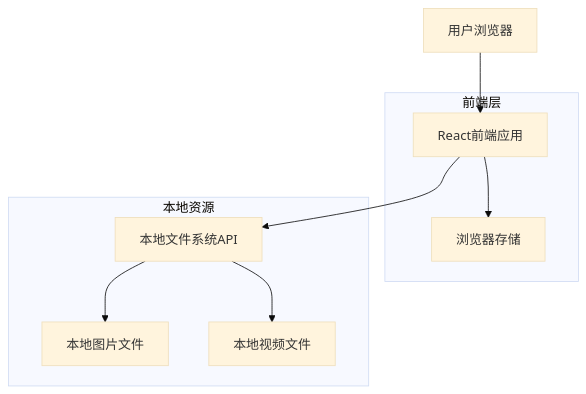
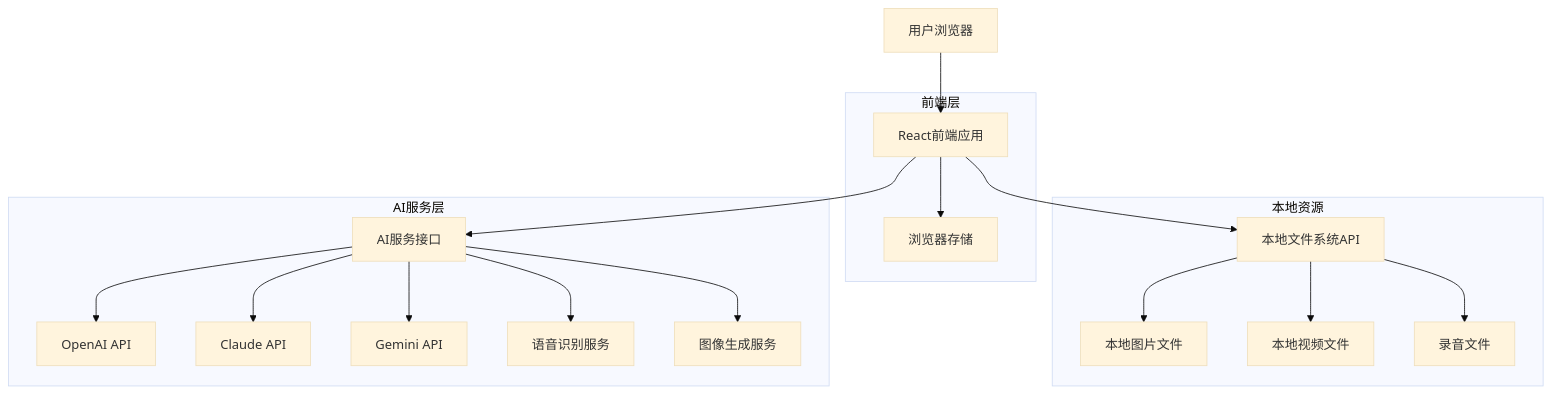
Before and after one commit to lelehappy666/AI-Middle-Platform: the diagram in .trae/documents/技术架构文档.md, drawn with Mermaid (base theme). The commit also changed other lines of this file and 27 other files, not shown here.

````diff
--- a/.trae/documents/技术架构文档.md
+++ b/.trae/documents/技术架构文档.md
@@ -5,20 +5,37 @@
 ```mermaid
 graph TD
   A[用户浏览器] --> B[React前端应用]
   B --> C[本地文件系统API]
   B --> D[浏览器存储]
+  B --> E[AI服务接口]
   
   subgraph "前端层"
     B
     D
   end
   
   subgraph "本地资源"
     C
-    E[本地图片文件]
-    F[本地视频文件]
+    F[本地图片文件]
+    G[本地视频文件]
+    H[录音文件]
   end
   
-  C --> E
+  subgraph "AI服务层"
+    E
+    I[OpenAI API]
+    J[Claude API]
+    K[Gemini API]
+    L[语音识别服务]
+    M[图像生成服务]
+  end
+  
   C --> F
+  C --> G
+  C --> H
+  E --> I
+  E --> J
+  E --> K
+  E --> L
+  E --> M
 ```
````
